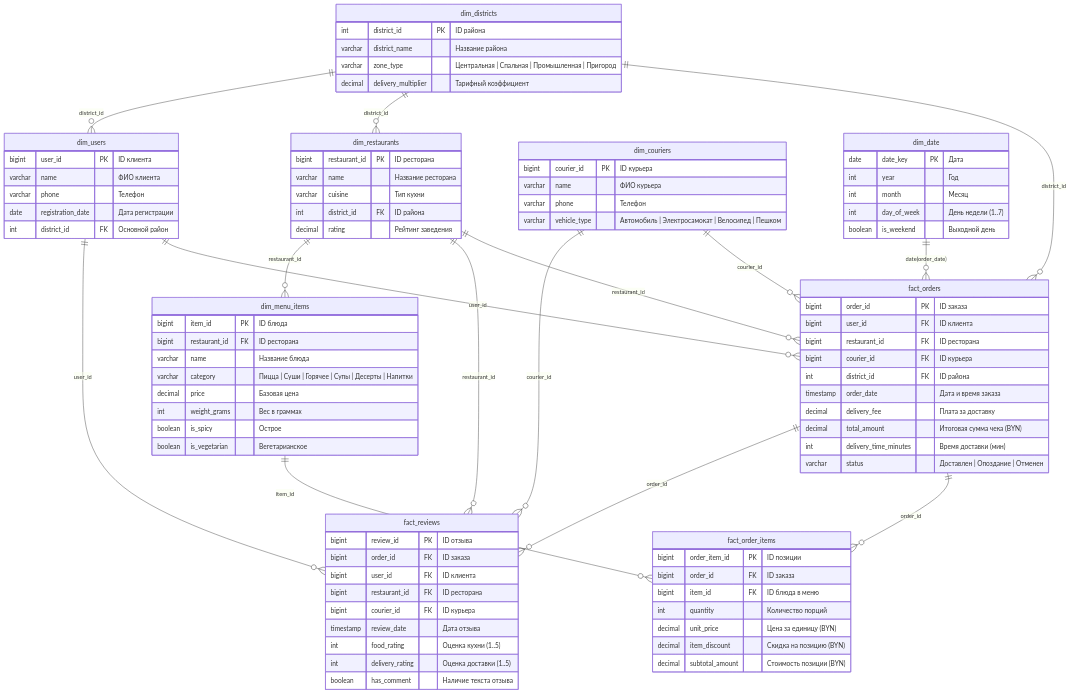
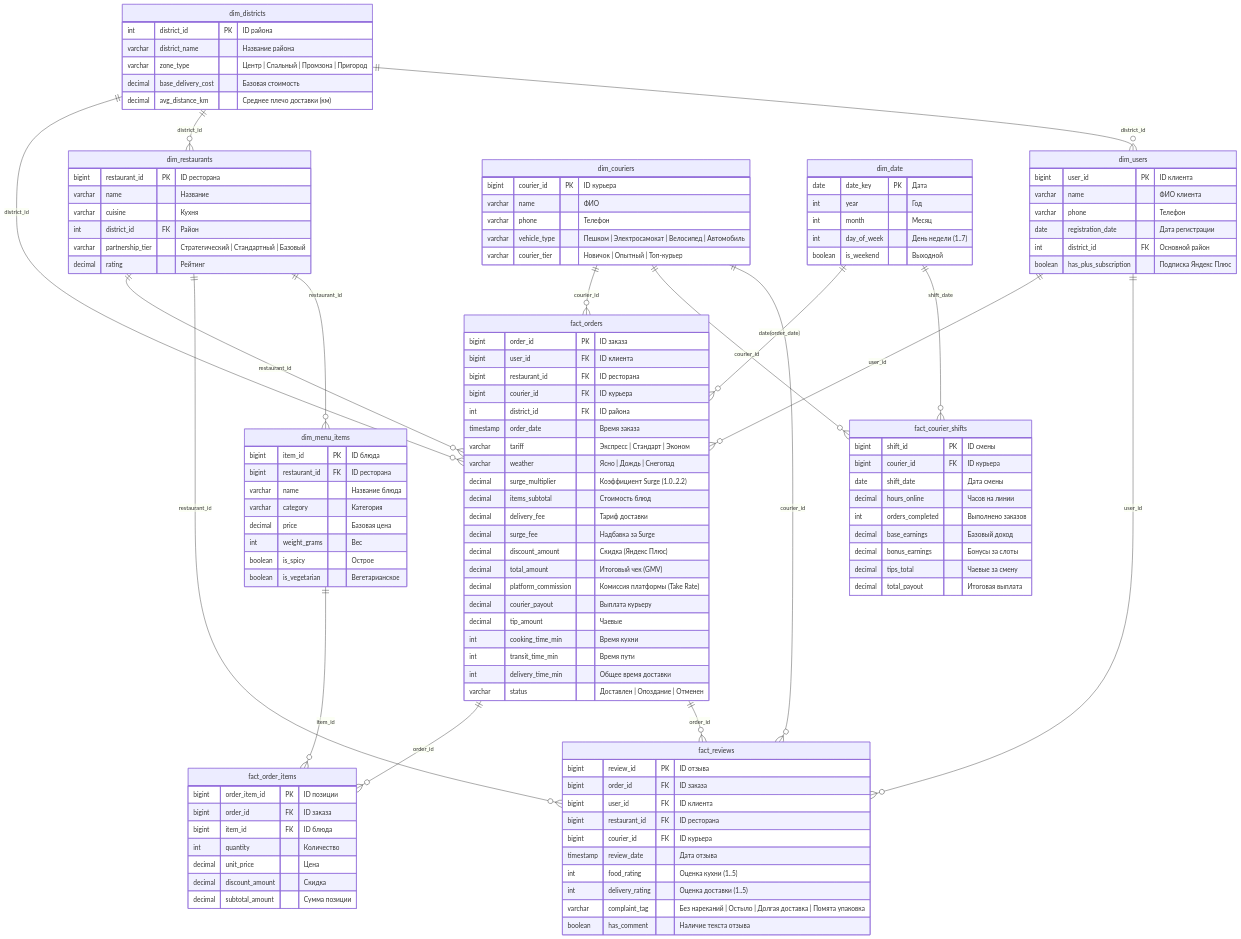
One commit to qufull/olap-project changed the diagram in _stand/passport.md. Above: the diagram before and after it, drawn with Mermaid. The commit also changed other lines of this file and 28 other files, not shown here.

Commit message:
Implement Yandex Delivery DW architecture: 4 fact tables (orders, items, shifts, reviews), 6 dims, 2.37M facts, full Z02-Z06 completion

````diff
--- a/_stand/passport.md
+++ b/_stand/passport.md
@@ -41,6 +46,9 @@
 
     fact_orders ||--o{ fact_order_items : "order_id"
     dim_menu_items ||--o{ fact_order_items : "item_id"
+
+    dim_couriers ||--o{ fact_courier_shifts : "courier_id"
+    dim_date ||--o{ fact_courier_shifts : "shift_date"
 
     fact_orders ||--o{ fact_reviews : "order_id"
     dim_users ||--o{ fact_reviews : "user_id"
@@ -57,21 +65,44 @@
         bigint restaurant_id FK "ID ресторана"
         bigint courier_id FK "ID курьера"
         int district_id FK "ID района"
-        timestamp order_date "Дата и время заказа"
-        decimal delivery_fee "Плата за доставку"
-        decimal total_amount "Итоговая сумма чека (BYN)"
-        int delivery_time_minutes "Время доставки (мин)"
+        timestamp order_date "Время заказа"
+        varchar tariff "Экспресс | Стандарт | Эконом"
+        varchar weather "Ясно | Дождь | Снегопад"
+        decimal surge_multiplier "Коэффициент Surge (1.0..2.2)"
+        decimal items_subtotal "Стоимость блюд"
+        decimal delivery_fee "Тариф доставки"
+        decimal surge_fee "Надбавка за Surge"
+        decimal discount_amount "Скидка (Яндекс Плюс)"
+        decimal total_amount "Итоговый чек (GMV)"
+        decimal platform_commission "Комиссия платформы (Take Rate)"
+        decimal courier_payout "Выплата курьеру"
+        decimal tip_amount "Чаевые"
+        int cooking_time_min "Время кухни"
+        int transit_time_min "Время пути"
+        int delivery_time_min "Общее время доставки"
         varchar status "Доставлен | Опоздание | Отменен"
     }
 
     fact_order_items {
         bigint order_item_id PK "ID позиции"
         bigint order_id FK "ID заказа"
-        bigint item_id FK "ID блюда в меню"
-        int quantity "Количество порций"
-        decimal unit_price "Цена за единицу (BYN)"
-        decimal item_discount "Скидка на позицию (BYN)"
-        decimal subtotal_amount "Стоимость позиции (BYN)"
+        bigint item_id FK "ID блюда"
+        int quantity "Количество"
+        decimal unit_price "Цена"
+        decimal discount_amount "Скидка"
+        decimal subtotal_amount "Сумма позиции"
+    }
+
+    fact_courier_shifts {
+        bigint shift_id PK "ID смены"
+        bigint courier_id FK "ID курьера"
+        date shift_date "Дата смены"
+        decimal hours_online "Часов на линии"
+        int orders_completed "Выполнено заказов"
+        decimal base_earnings "Базовый доход"
+        decimal bonus_earnings "Бонусы за слоты"
+        decimal tips_total "Чаевые за смену"
+        decimal total_payout "Итоговая выплата"
     }
 
     fact_reviews {
@@ -83,40 +114,16 @@
         timestamp review_date "Дата отзыва"
         int food_rating "Оценка кухни (1..5)"
         int delivery_rating "Оценка доставки (1..5)"
+        varchar complaint_tag "Без нареканий | Остыло | Долгая доставка | Помята упаковка"
         boolean has_comment "Наличие текста отзыва"
     }
 
     dim_districts {
         int district_id PK "ID района"
         varchar district_name "Название района"
-        varchar zone_type "Центральная | Спальная | Промышленная | Пригород"
-        decimal delivery_multiplier "Тарифный коэффициент"
-    }
-
-    dim_menu_items {
-        bigint item_id PK "ID блюда"
-        bigint restaurant_id FK "ID ресторана"
-        varchar name "Название блюда"
-        varchar category "Пицца | Суши | Горячее | Супы | Десерты | Напитки"
-        decimal price "Базовая цена"
-        int weight_grams "Вес в граммах"
-        boolean is_spicy "Острое"
-        boolean is_vegetarian "Вегетарианское"
-    }
-
-    dim_restaurants {
-        bigint restaurant_id PK "ID ресторана"
-        varchar name "Название ресторана"
-        varchar cuisine "Тип кухни"
-        int district_id FK "ID района"
-        decimal rating "Рейтинг заведения"
-    }
-
-    dim_couriers {
-        bigint courier_id PK "ID курьера"
-        varchar name "ФИО курьера"
-        varchar phone "Телефон"
-        varchar vehicle_type "Автомобиль | Электросамокат | Велосипед | Пешком"
+        varchar zone_type "Центр | Спальный | Промзона | Пригород"
+        decimal base_delivery_cost "Базовая стоимость"
+        decimal avg_distance_km "Среднее плечо доставки (км)"
     }
 
     dim_users {
@@ -125,6 +132,35 @@
         varchar phone "Телефон"
         date registration_date "Дата регистрации"
         int district_id FK "Основной район"
+        boolean has_plus_subscription "Подписка Яндекс Плюс"
+    }
+
+    dim_restaurants {
+        bigint restaurant_id PK "ID ресторана"
+        varchar name "Название"
+        varchar cuisine "Кухня"
+        int district_id FK "Район"
+        varchar partnership_tier "Стратегический | Стандартный | Базовый"
+        decimal rating "Рейтинг"
+    }
+
+    dim_menu_items {
+        bigint item_id PK "ID блюда"
+        bigint restaurant_id FK "ID ресторана"
+        varchar name "Название блюда"
+        varchar category "Категория"
+        decimal price "Базовая цена"
+        int weight_grams "Вес"
+        boolean is_spicy "Острое"
+        boolean is_vegetarian "Вегетарианское"
+    }
+
+    dim_couriers {
+        bigint courier_id PK "ID курьера"
+        varchar name "ФИО"
+        varchar phone "Телефон"
+        varchar vehicle_type "Пешком | Электросамокат | Велосипед | Автомобиль"
+        varchar courier_tier "Новичок | Опытный | Топ-курьер"
     }
 
     dim_date {
@@ -132,6 +168,6 @@
         int year "Год"
         int month "Месяц"
         int day_of_week "День недели (1..7)"
-        boolean is_weekend "Выходной день"
+        boolean is_weekend "Выходной"
     }
 ```
````
